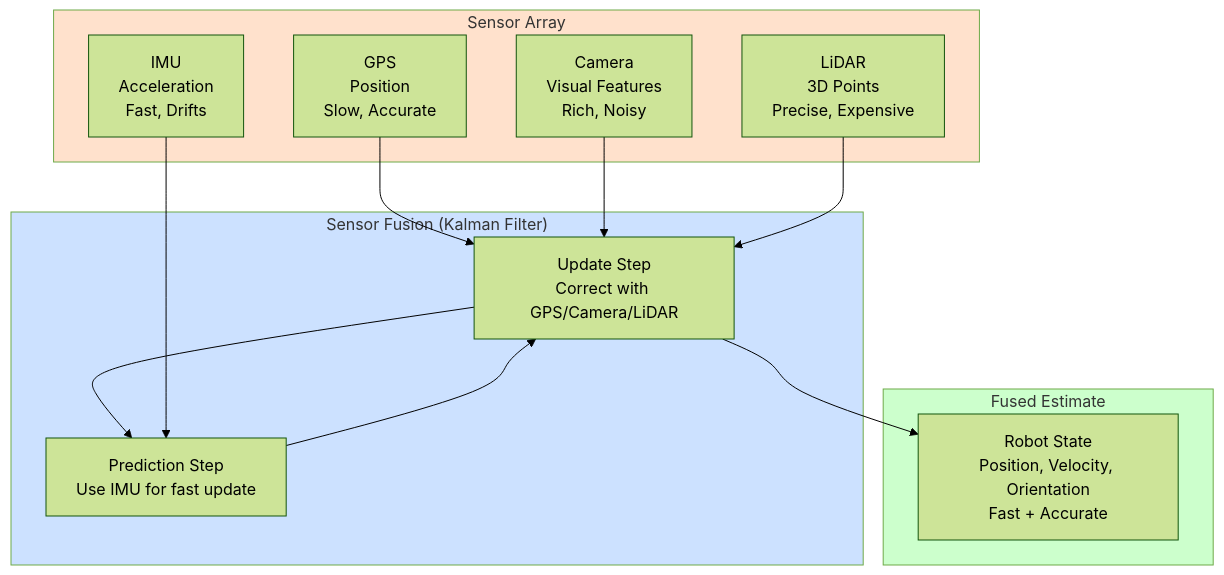
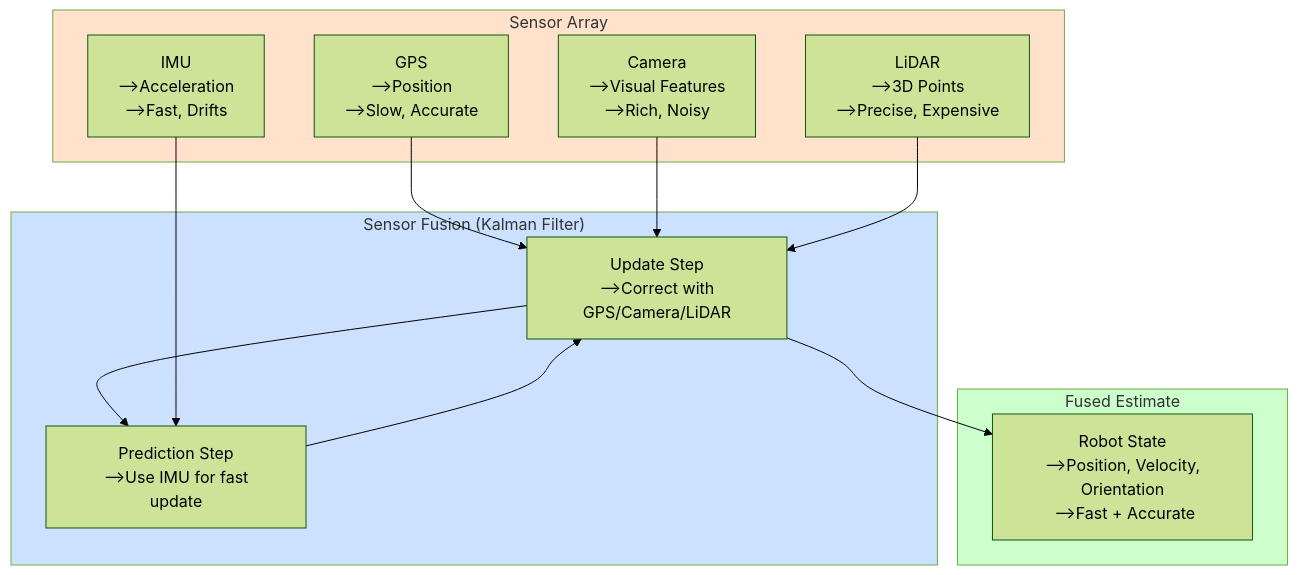
The first of 2 diagrams in docs/chapters/module-0-foundations/03-sensing-perception.md (ayeshadev283-max/Physical-AI-Humanoid-Robotics), drawn with Mermaid (forest theme) before and after one commit. The commit also changed other lines of this file and 135 other files, not shown here.

````diff
--- a/docs/chapters/module-0-foundations/03-sensing-perception.md
+++ b/docs/chapters/module-0-foundations/03-sensing-perception.md
@@ -84,30 +84,30 @@
 ```mermaid
 graph TB
     subgraph Sensors["Sensor Array"]
-        GPS[GPS<br/>Position<br/>Slow, Accurate]
-        IMU[IMU<br/>Acceleration<br/>Fast, Drifts]
-        Camera[Camera<br/>Visual Features<br/>Rich, Noisy]
-        Lidar[LiDAR<br/>3D Points<br/>Precise, Expensive]
+        GPS[GPS<br /> -->Position<br /> -->Slow, Accurate]
+        IMU[IMU<br /> -->Acceleration<br /> -->Fast, Drifts]
+        Camera[Camera<br /> -->Visual Features<br /> -->Rich, Noisy]
+        Lidar[LiDAR<br /> -->3D Points<br /> -->Precise, Expensive]
     end
 
     subgraph Fusion["Sensor Fusion (Kalman Filter)"]
-        Predict[Prediction Step<br/>Use IMU for fast update]
-        Update[Update Step<br/>Correct with GPS/Camera/LiDAR]
+        Predict[Prediction Step<br /> -->Use IMU for fast update]
+        Update[Update Step<br /> -->Correct with GPS/Camera/LiDAR]
         Predict --> Update
         Update --> Predict
     end
 
     subgraph Output["Fused Estimate"]
-        State[Robot State<br/>Position, Velocity, Orientation<br/>Fast + Accurate]
+        State[Robot State<br /> -->Position, Velocity, Orientation<br /> -->Fast + Accurate]
     end
 
     GPS --> Update
     IMU --> Predict
     Camera --> Update
     Lidar --> Update
     Update --> State
 
     style Sensors fill:#ffe1cc
     style Fusion fill:#cce1ff
     style Output fill:#ccffcc
 ```
````
